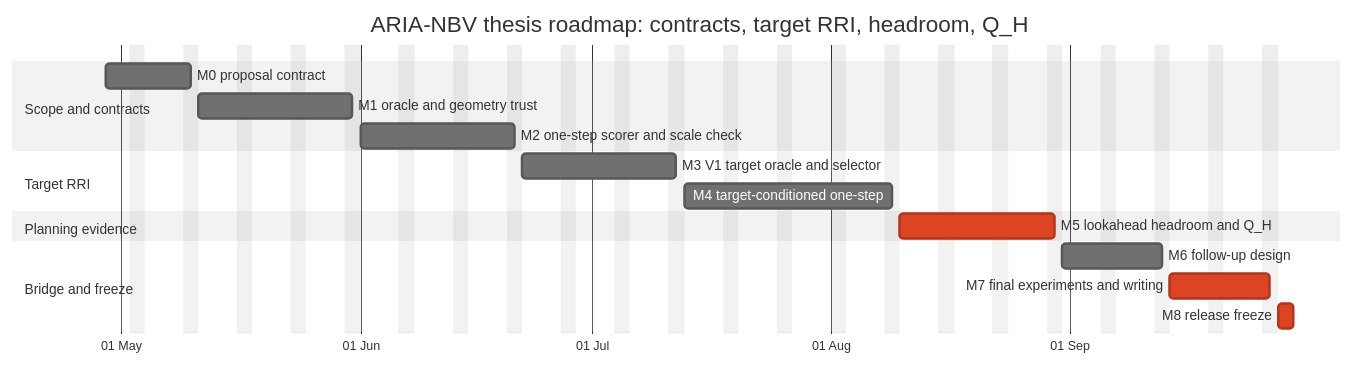
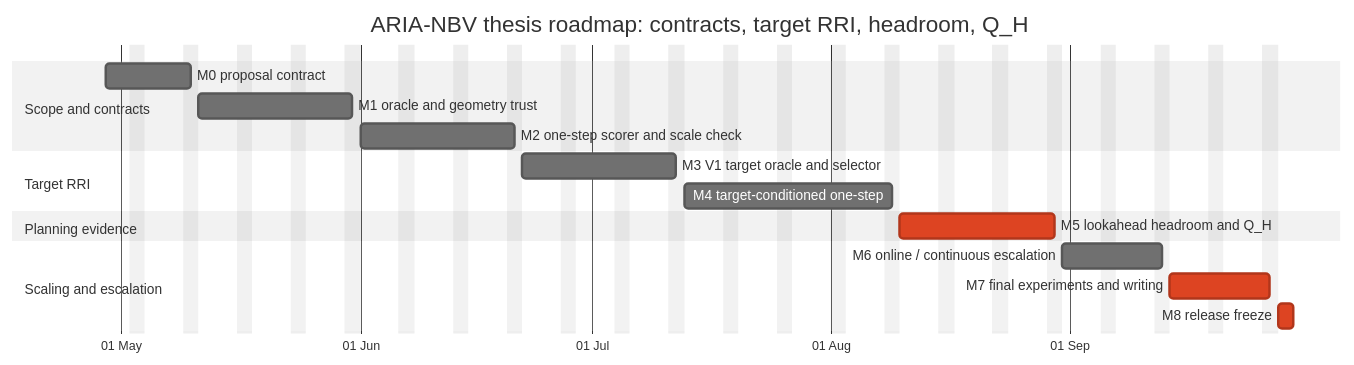
Before and after one commit to JanDuchscherer104/ARIA-NBV: the second of 2 diagrams in docs/contents/thesis/roadmap.qmd, drawn with Mermaid (neutral theme). The commit also changed other lines of this file and 55 other files, not shown here.

````diff
--- a/docs/contents/thesis/roadmap.qmd
+++ b/docs/contents/thesis/roadmap.qmd
@@ -293,20 +316,20 @@
 ```{mermaid}
 gantt
     title ARIA-NBV thesis roadmap: contracts, target RRI, headroom, Q_H
     dateFormat  YYYY-MM-DD
     axisFormat  %d %b
     excludes    weekends
     section Scope and contracts
     M0 proposal contract                :m0, 2026-04-29, 2026-05-10
     M1 oracle and geometry trust        :m1, 2026-05-11, 2026-05-31
     M2 one-step scorer and scale check  :m2, 2026-06-01, 2026-06-21
     section Target RRI
     M3 V1 target oracle and selector    :m3, 2026-06-22, 2026-07-12
     M4 target-conditioned one-step      :m4, 2026-07-13, 2026-08-09
     section Planning evidence
     M5 lookahead headroom and Q_H       :crit, m5, 2026-08-10, 2026-08-30
-    section Bridge and freeze
-    M6 follow-up design                 :m6, 2026-08-31, 2026-09-13
+    section Scaling and escalation
+    M6 online / continuous escalation   :m6, 2026-08-31, 2026-09-13
     M7 final experiments and writing    :crit, m7, 2026-09-14, 2026-09-27
     M8 release freeze                   :crit, m8, 2026-09-28, 2026-09-30
 ```
````
